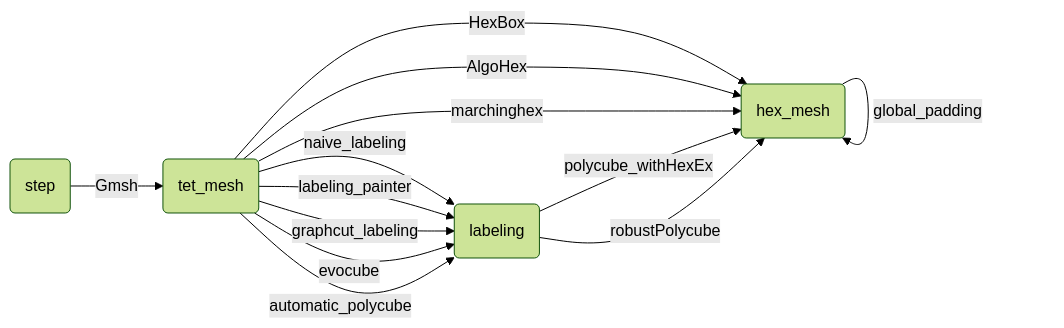
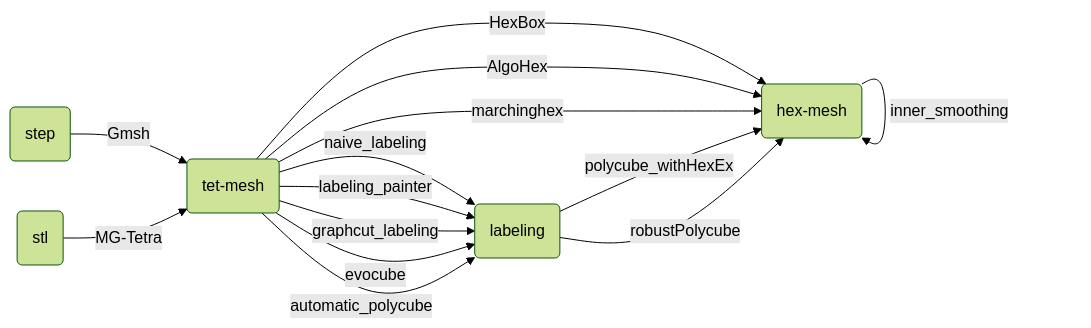
One commit to LIHPC-Computational-Geometry/dds-hexmeshing changed the diagram in README.md. Above: the diagram before and after it, drawn with Mermaid (forest theme). The commit also changed other lines of this file, not shown here.

````diff
--- a/README.md
+++ b/README.md
@@ -205,19 +205,22 @@
 ```mermaid
 graph LR
     step(step)
-    tet_mesh(tet_mesh)
+    stl(stl)
+    tet-mesh(tet-mesh)
     labeling(labeling)
-    hex_mesh(hex_mesh)
-    step -- Gmsh --> tet_mesh
-    tet_mesh -- naive_labeling --> labeling
-    tet_mesh -- labeling_painter --> labeling
-    tet_mesh -- graphcut_labeling --> labeling
-    tet_mesh -- evocube --> labeling
-    tet_mesh -- automatic_polycube --> labeling
-    tet_mesh -- HexBox --> hex_mesh
-    tet_mesh -- AlgoHex --> hex_mesh
-    tet_mesh -- marchinghex --> hex_mesh
-    labeling -- polycube_withHexEx --> hex_mesh
-    labeling -- robustPolycube --> hex_mesh
-    hex_mesh -- global_padding --> hex_mesh
+    hex-mesh(hex-mesh)
+    step -- Gmsh --> tet-mesh
+    tet-mesh -- naive_labeling --> labeling
+    tet-mesh -- labeling_painter --> labeling
+    tet-mesh -- graphcut_labeling --> labeling
+    tet-mesh -- evocube --> labeling
+    tet-mesh -- automatic_polycube --> labeling
+    tet-mesh -- HexBox --> hex-mesh
+    tet-mesh -- AlgoHex --> hex-mesh
+    tet-mesh -- marchinghex --> hex-mesh
+    labeling -- polycube_withHexEx --> hex-mesh
+    labeling -- robustPolycube --> hex-mesh
+    hex-mesh -- global_padding --> hex-mesh
+    hex-mesh -- inner_smoothing --> hex-mesh
+    stl -- MG-Tetra --> tet-mesh
 ```
````
